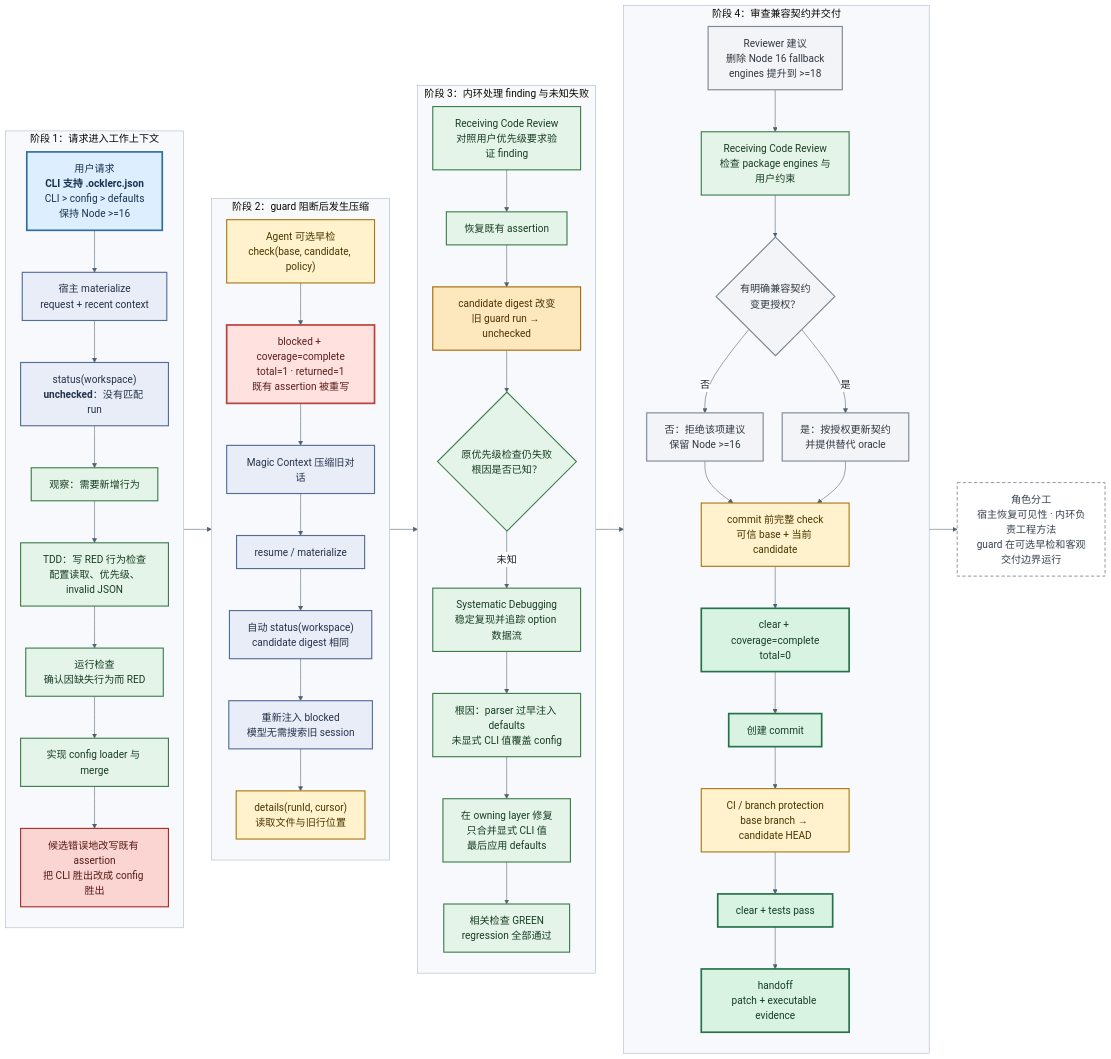
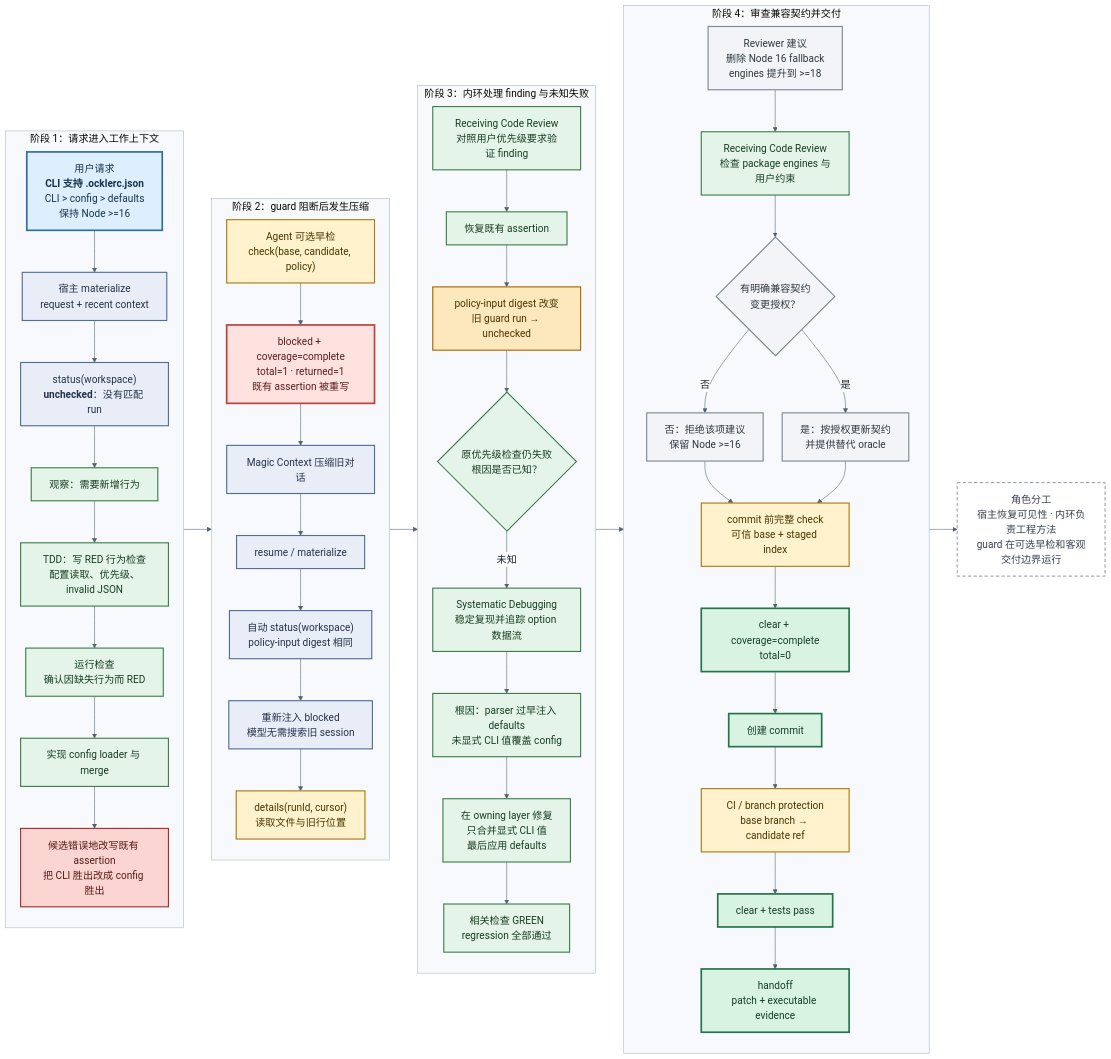
The diagram in docs/diagrams/medium-swe-example.mmd (mapleluvr/Ockle), drawn with Mermaid before and after one commit. The commit also changed 23 other files, not shown here.

```diff
--- a/docs/diagrams/medium-swe-example.mmd
+++ b/docs/diagrams/medium-swe-example.mmd
@@ -1,114 +1,114 @@
 %%{init: {
   "theme": "base",
   "themeVariables": {
     "fontFamily": "Microsoft YaHei, Segoe UI, sans-serif",
     "fontSize": "18px",
     "primaryTextColor": "#172033",
     "lineColor": "#52606d",
     "edgeLabelBackground": "#ffffff",
     "clusterBkg": "#f7f9fc",
     "clusterBorder": "#aab7c4"
   },
   "flowchart": {
     "htmlLabels": true,
     "curve": "basis",
     "nodeSpacing": 34,
     "rankSpacing": 50,
     "padding": 16
   }
 }}%%
 flowchart LR
     subgraph STAGE1["阶段 1：请求进入工作上下文"]
         direction TB
         REQUEST["用户请求<br/><b>CLI 支持 .ocklerc.json</b><br/>CLI &gt; config &gt; defaults<br/>保持 Node &gt;=16"]
         MATERIALIZE1["宿主 materialize<br/>request + recent context"]
         STATUS1["status(workspace)<br/><b>unchecked</b>：没有匹配 run"]
         NEWBEHAVIOR["观察：需要新增行为"]
         REDTESTS["TDD：写 RED 行为检查<br/>配置读取、优先级、invalid JSON"]
         REDRUN["运行检查<br/>确认因缺失行为而 RED"]
         IMPLEMENT["实现 config loader 与 merge"]
         SHORTCUT["候选错误地改写既有 assertion<br/>把 CLI 胜出改成 config 胜出"]
 
         REQUEST --> MATERIALIZE1 --> STATUS1 --> NEWBEHAVIOR
         NEWBEHAVIOR --> REDTESTS --> REDRUN --> IMPLEMENT --> SHORTCUT
     end
 
     subgraph STAGE2["阶段 2：guard 阻断后发生压缩"]
         direction TB
         EARLYCHECK["Agent 可选早检<br/>check(base, candidate, policy)"]
         BLOCK["blocked + coverage=complete<br/>total=1 · returned=1<br/>既有 assertion 被重写"]
         COMPRESS["Magic Context 压缩旧对话"]
         RESUME["resume / materialize"]
-        STATUS2["自动 status(workspace)<br/>candidate digest 相同"]
+        STATUS2["自动 status(workspace)<br/>policy-input digest 相同"]
         REINJECT["重新注入 blocked<br/>模型无需搜索旧 session"]
         DETAIL["details(runId, cursor)<br/>读取文件与旧行位置"]
 
         EARLYCHECK --> BLOCK --> COMPRESS --> RESUME
         RESUME --> STATUS2 --> REINJECT --> DETAIL
     end
 
     SHORTCUT --> EARLYCHECK
 
     subgraph STAGE3["阶段 3：内环处理 finding 与未知失败"]
         direction TB
         VALIDATE["Receiving Code Review<br/>对照用户优先级要求验证 finding"]
         RESTORE["恢复既有 assertion"]
-        STALE["candidate digest 改变<br/>旧 guard run → unchecked"]
+        STALE["policy-input digest 改变<br/>旧 guard run → unchecked"]
         STILLFAIL{"原优先级检查仍失败<br/>根因是否已知？"}
         REPRO["Systematic Debugging<br/>稳定复现并追踪 option 数据流"]
         ROOT["根因：parser 过早注入 defaults<br/>未显式 CLI 值覆盖 config"]
         FIX["在 owning layer 修复<br/>只合并显式 CLI 值<br/>最后应用 defaults"]
         GREEN["相关检查 GREEN<br/>regression 全部通过"]
 
         VALIDATE --> RESTORE --> STALE --> STILLFAIL
         STILLFAIL -->|未知| REPRO --> ROOT --> FIX --> GREEN
     end
 
     DETAIL --> VALIDATE
 
     subgraph STAGE4["阶段 4：审查兼容契约并交付"]
         direction TB
         REVIEWINPUT["Reviewer 建议<br/>删除 Node 16 fallback<br/>engines 提升到 &gt;=18"]
         CONTRACTCHECK["Receiving Code Review<br/>检查 package engines 与用户约束"]
         AUTH{"有明确兼容契约<br/>变更授权？"}
         KEEP16["否：拒绝该项建议<br/>保留 Node &gt;=16"]
         AUTHORIZED["是：按授权更新契约<br/>并提供替代 oracle"]
-        DELIVERYCHECK["commit 前完整 check<br/>可信 base + 当前 candidate"]
+        DELIVERYCHECK["commit 前完整 check<br/>可信 base + staged index"]
         CLEAR["clear + coverage=complete<br/>total=0"]
         COMMIT["创建 commit"]
-        CICHECK["CI / branch protection<br/>base branch → candidate HEAD"]
+        CICHECK["CI / branch protection<br/>base branch → candidate ref"]
         CIPASS["clear + tests pass"]
         HANDOFF["handoff<br/>patch + executable evidence"]
 
         REVIEWINPUT --> CONTRACTCHECK --> AUTH
         AUTH -->|否| KEEP16 --> DELIVERYCHECK
         AUTH -->|是| AUTHORIZED --> DELIVERYCHECK
         DELIVERYCHECK --> CLEAR --> COMMIT --> CICHECK --> CIPASS --> HANDOFF
     end
 
     GREEN --> REVIEWINPUT
 
     EXPLAIN["角色分工<br/>宿主恢复可见性 · 内环负责工程方法<br/>guard 在可选早检和客观交付边界运行"]
     HANDOFF --> EXPLAIN
 
     class REQUEST user
     class MATERIALIZE1,STATUS1,COMPRESS,RESUME,STATUS2,REINJECT context
     class NEWBEHAVIOR,REDTESTS,REDRUN,IMPLEMENT,VALIDATE,RESTORE,STILLFAIL,REPRO,ROOT,FIX,GREEN,CONTRACTCHECK inner
     class EARLYCHECK,DETAIL,DELIVERYCHECK,CICHECK guard
     class BLOCK blocked
     class STALE uncertain
     class REVIEWINPUT,AUTH,KEEP16,AUTHORIZED neutral
     class CLEAR,CIPASS,COMMIT,HANDOFF good
     class SHORTCUT badchange
     class EXPLAIN note
 
     classDef user fill:#dceeff,stroke:#2f6f9f,stroke-width:3px,color:#17324d
     classDef context fill:#e8edf8,stroke:#526d9a,stroke-width:2px,color:#24324a
     classDef inner fill:#e4f4e8,stroke:#3d7d4d,stroke-width:2px,color:#173d22
     classDef guard fill:#fff2cc,stroke:#a97913,stroke-width:2px,color:#4a3500
     classDef blocked fill:#ffe1df,stroke:#b9413c,stroke-width:3px,color:#5c1d1a
     classDef badchange fill:#fbd5d2,stroke:#a82d27,stroke-width:2px,color:#571a17
     classDef uncertain fill:#fde8bd,stroke:#a56600,stroke-width:2px,color:#4f3100
     classDef neutral fill:#f2f4f7,stroke:#7d8894,stroke-width:2px,color:#303841
     classDef good fill:#d9f3e3,stroke:#24734a,stroke-width:3px,color:#153d28
     classDef note fill:#ffffff,stroke:#7d8894,stroke-width:1.5px,stroke-dasharray:6 4,color:#374151
```
